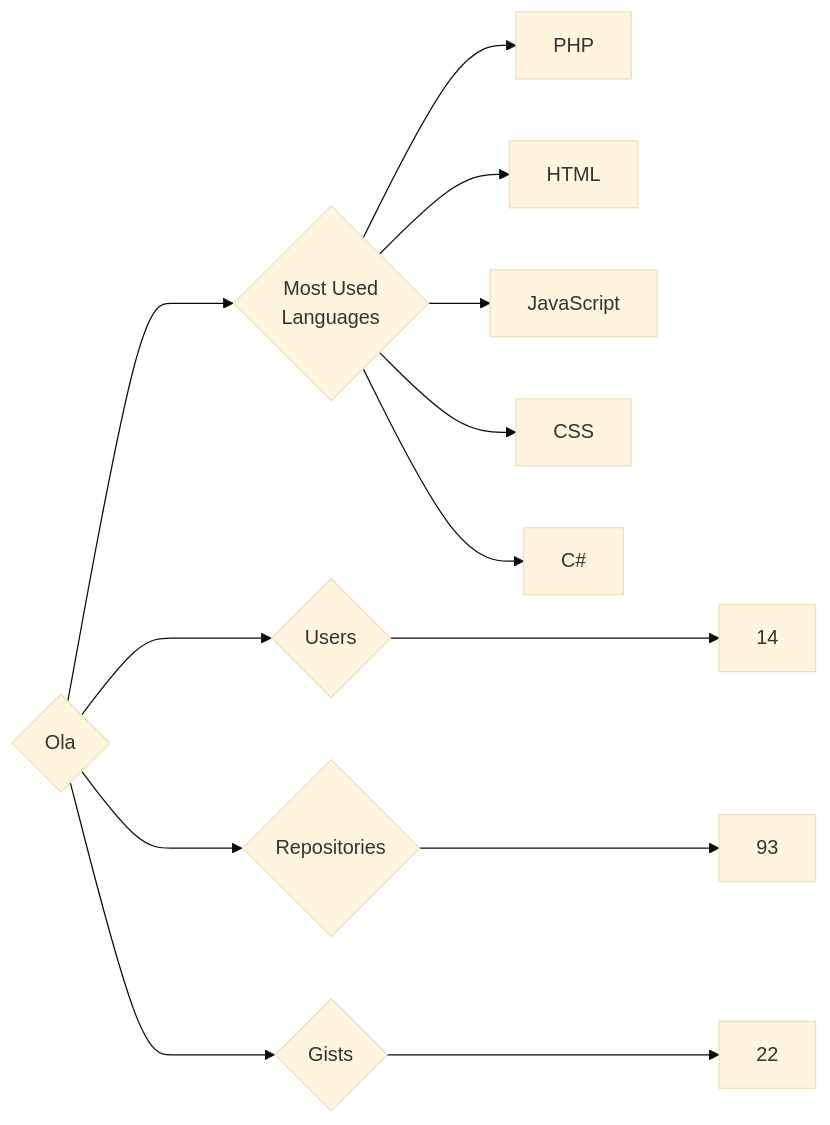
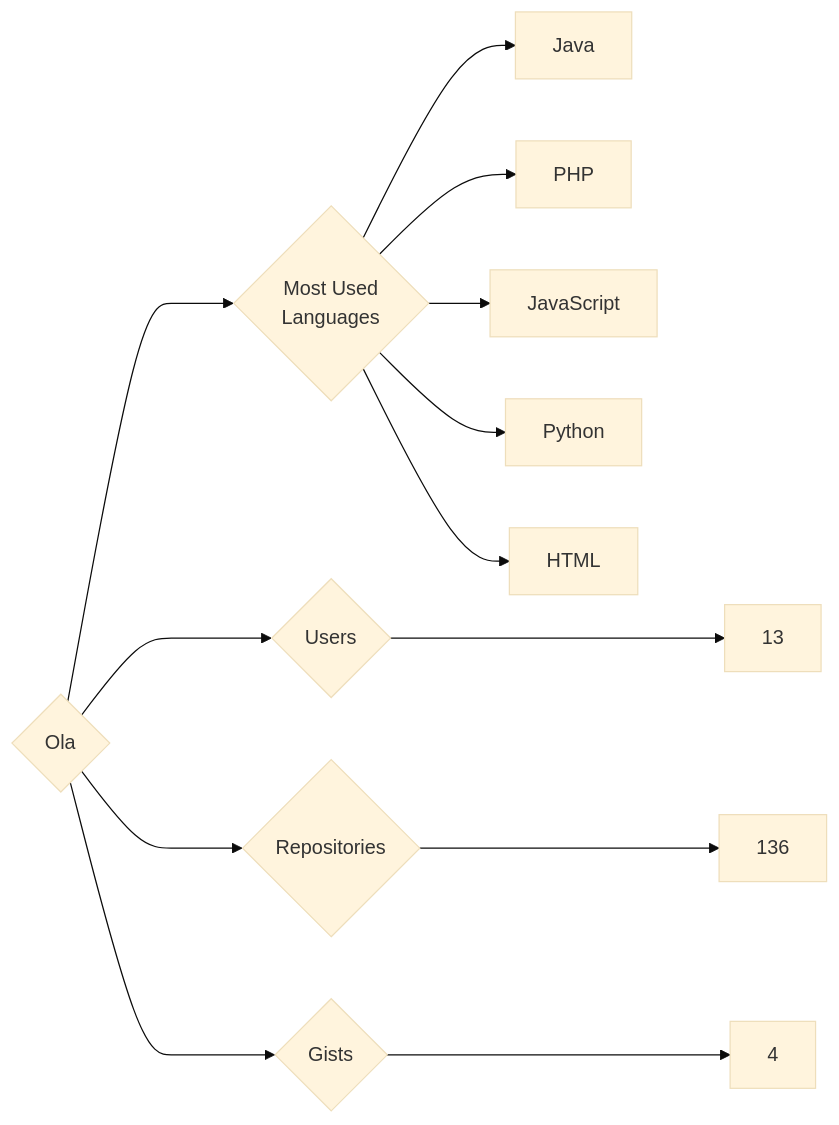
Before and after one commit to trickest/insiders: the diagram in targets/Ola/README.md, drawn with Mermaid (base theme). The commit also changed 898 other files, not shown here.

````diff
--- a/targets/Ola/README.md
+++ b/targets/Ola/README.md
@@ -3,13 +3,13 @@
 ```mermaid
 graph LR
 COMPANY_NAME{Ola}
-COMPANY_NAME ---> U{Users} ---> UN[14]
-COMPANY_NAME ---> R{Repositories} ---> RN[93]
-COMPANY_NAME ---> G{Gists} ---> GN[22]
+COMPANY_NAME ---> U{Users} ---> UN[13]
+COMPANY_NAME ---> R{Repositories} ---> RN[136]
+COMPANY_NAME ---> G{Gists} ---> GN[4]
 COMPANY_NAME ---> ML{Most Used<br>Languages}
+ML --> Java[Java]
 ML --> PHP[PHP]
+ML --> JavaScript[JavaScript]
+ML --> Python[Python]
 ML --> HTML[HTML]
-ML --> JavaScript[JavaScript]
-ML --> CSS[CSS]
-ML --> C#[C#]
 ```
````
